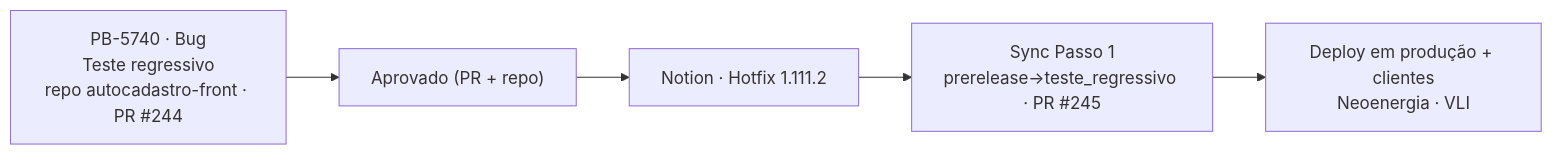
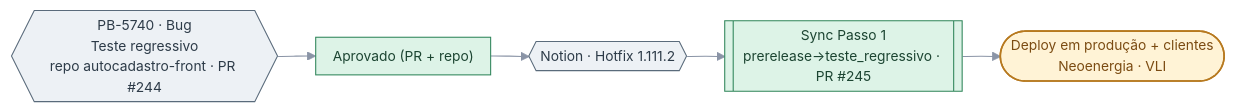
The diagram in docs/diagramas/10-ciclo-e2e-hotfix.mmd (BertoRcsb/workflow-automation-management), drawn with Mermaid before and after one commit. The commit also changed 57 other files, not shown here.

First line of the commit message:
docs: replace approver name with 'usuário' and restyle all diagrams

```diff
--- a/docs/diagramas/10-ciclo-e2e-hotfix.mmd
+++ b/docs/diagramas/10-ciclo-e2e-hotfix.mmd
@@ -1,5 +1,11 @@
+%%{init: {"theme":"base","themeVariables":{"fontFamily":"Segoe UI, Helvetica, Arial, sans-serif","fontSize":"13px","lineColor":"#8A94A6","primaryColor":"#EDF1F5","primaryBorderColor":"#5A6B7B","primaryTextColor":"#2D3B48","clusterBkg":"#FAFBFC","clusterBorder":"#D5DBE3","edgeLabelBackground":"#FFFFFF"},"flowchart":{"curve":"basis","nodeSpacing":28,"rankSpacing":36,"padding":8}}}%%
 flowchart LR
-    Card["PB-5740 · Bug<br>Teste regressivo<br>repo autocadastro-front · PR #244"] --> Val["Aprovado (PR + repo)"]
-    Val --> Not["Notion · Hotfix 1.111.2"]
-    Not --> S1["Sync Passo 1<br>prerelease→teste_regressivo · PR #245"]
-    S1 --> Dep["Deploy em produção + clientes<br>Neoenergia · VLI"]
+    Card{{"PB-5740 · Bug<br>Teste regressivo<br>repo autocadastro-front · PR #244"}}:::io --> Val["Aprovado (PR + repo)"]:::det
+    Val --> Not{{"Notion · Hotfix 1.111.2"}}:::io
+    Not --> S1[["Sync Passo 1<br>prerelease→teste_regressivo · PR #245"]]:::det
+    S1 --> Dep(["Deploy em produção + clientes<br>Neoenergia · VLI"]):::humano
+    classDef humano fill:#FFF3D6,stroke:#B7791F,color:#7B4B12,stroke-width:1.5px
+    classDef llm fill:#E8ECFB,stroke:#4C5FD5,color:#2A3577
+    classDef det fill:#DDF3E7,stroke:#2F855A,color:#1C4532
+    classDef io fill:#EDF1F5,stroke:#5A6B7B,color:#2D3B48
+    classDef alerta fill:#FBE1E1,stroke:#C53030,color:#742A2A
```
